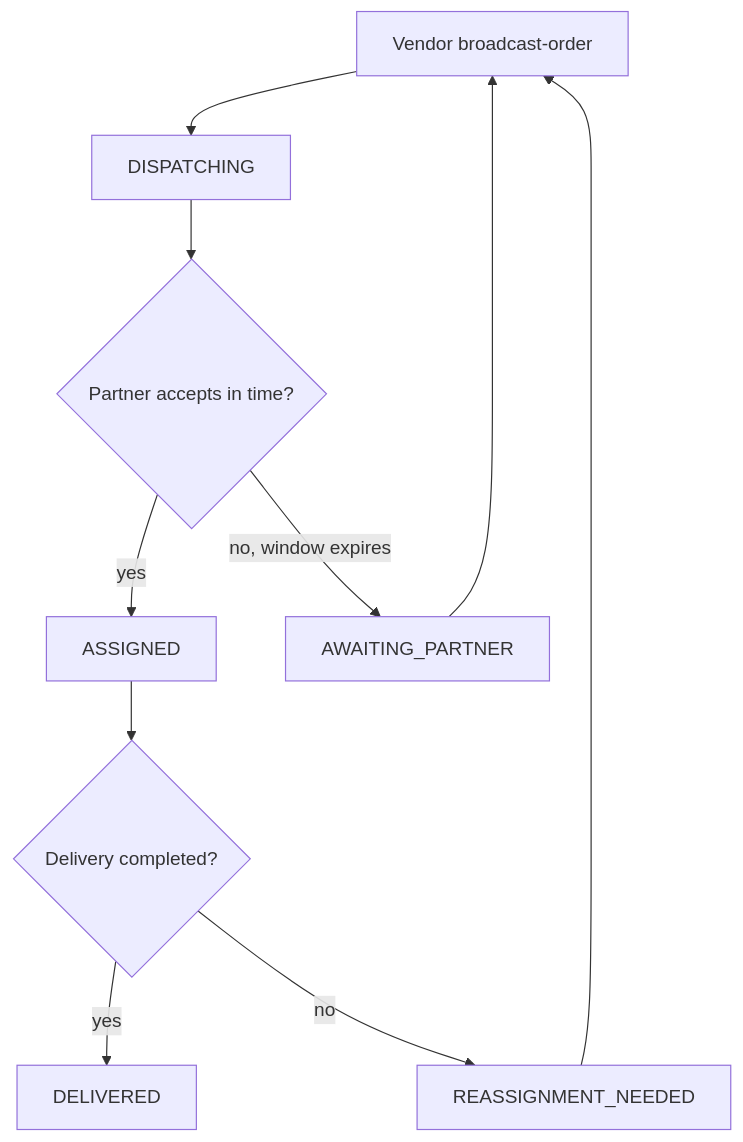
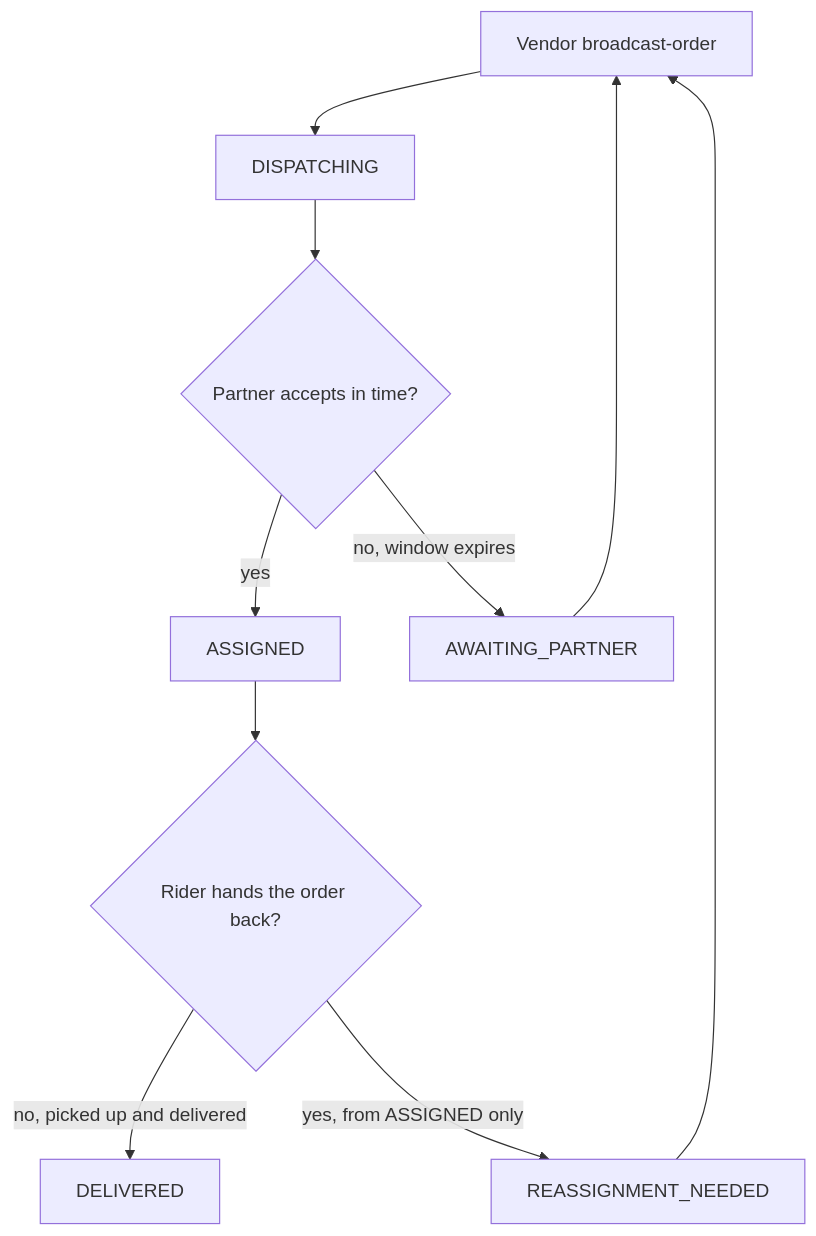
Before and after one commit to deligo-pt/deligo-food-backend-docs: the fourth of 5 diagrams in content/docs/01-introduction/architecture.md, drawn with Mermaid. The commit also changed other lines of this file and 10 other files, not shown here.

Commit message:
docs: enhance delivery and order lifecycle documentation; clarify SOS handling and notification triggers

````diff
--- a/content/docs/01-introduction/architecture.md
+++ b/content/docs/01-introduction/architecture.md
@@ -284,12 +291,12 @@
 ```mermaid
 flowchart TD
     A["Vendor broadcast-order"] --> B[DISPATCHING]
     B --> C{Partner accepts in time?}
     C -->|yes| D[ASSIGNED]
     C -->|"no, window expires"| E[AWAITING_PARTNER]
     E --> A
-    D --> F{Delivery completed?}
-    F -->|yes| G[DELIVERED]
-    F -->|no| H[REASSIGNMENT_NEEDED]
+    D --> F{"Rider hands the order back?"}
+    F -->|"no, picked up and delivered"| G[DELIVERED]
+    F -->|"yes, from ASSIGNED only"| H[REASSIGNMENT_NEEDED]
     H --> A
 ```
````
